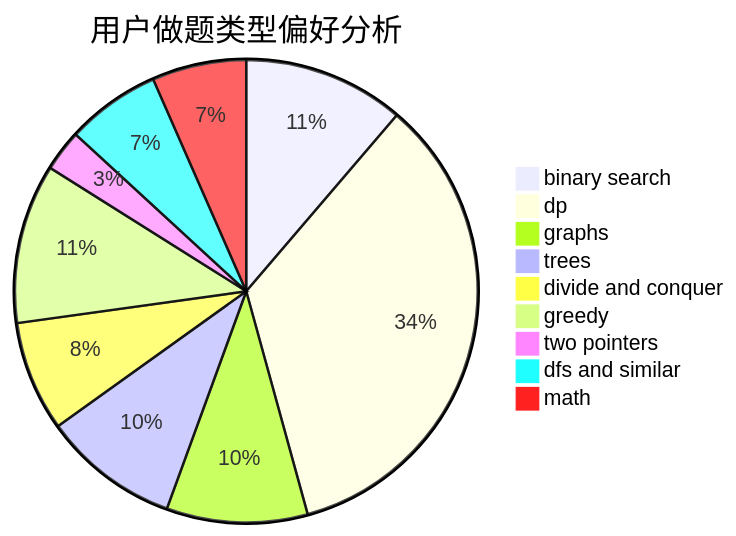
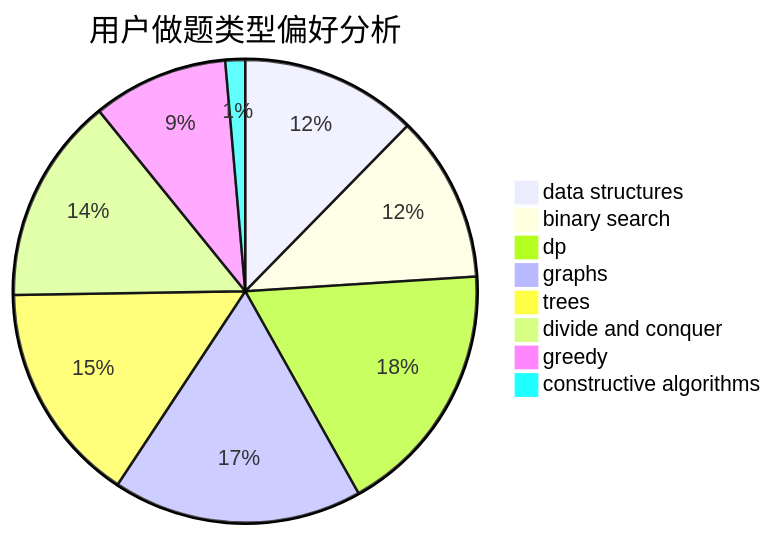
The second of 3 diagrams in docs/user/u183.md (sherpahu/cfrs.github.io), drawn with Mermaid before and after one commit. The commit also changed other lines of this file and 2775 other files, not shown here.

````diff
--- a/docs/user/u183.md
+++ b/docs/user/u183.md
@@ -23,12 +23,11 @@
 ```mermaid
 pie title 用户做题类型偏好分析
-    "binary search" :  183
-    "dp" :  560
-    "graphs" :  160
-    "trees" :  155
+    "data structures" :  107
+    "binary search" :  101
+    "dp" :  155
+    "graphs" :  151
+    "trees" :  134
     "divide and conquer" :  125
-    "greedy" :  181
-    "two pointers" :  47
-    "dfs and similar" :  107
-    "math" :  107
+    "greedy" :  82
+    "constructive algorithms" :  12
 ```
````
